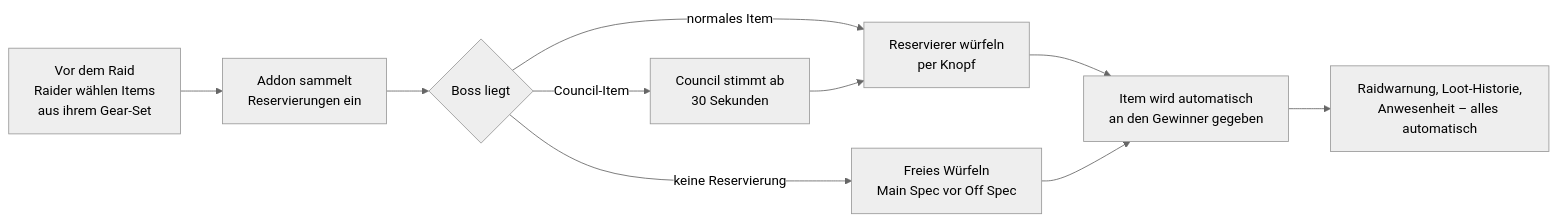
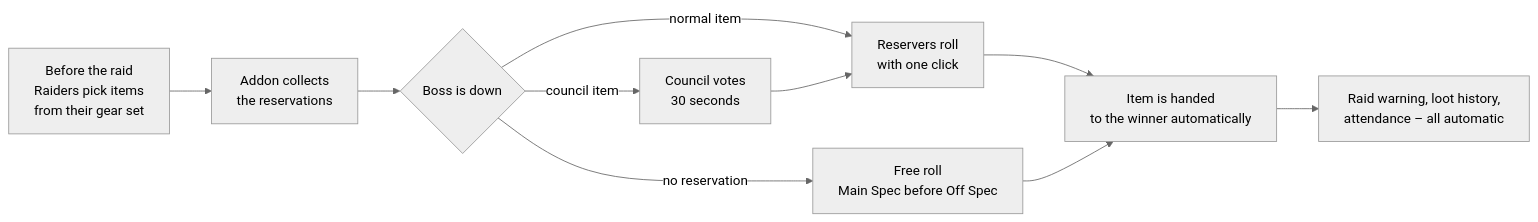
One commit to CawDPSMeter/LightCouncil changed the diagram in README.md. Above: the diagram before and after it, drawn with Mermaid (neutral theme). The commit also changed other lines of this file and 1 other file, not shown here.

````diff
--- a/README.md
+++ b/README.md
@@ -45,12 +43,12 @@
 ```mermaid
 flowchart LR
-    A[Vor dem Raid<br/>Raider wählen Items<br/>aus ihrem Gear-Set] --> B[Addon sammelt<br/>Reservierungen ein]
-    B --> C{Boss liegt}
-    C -->|normales Item| D[Reservierer würfeln<br/>per Knopf]
-    C -->|Council-Item| E[Council stimmt ab<br/>30 Sekunden]
+    A[Before the raid<br/>Raiders pick items<br/>from their gear set] --> B[Addon collects<br/>the reservations]
+    B --> C{Boss is down}
+    C -->|normal item| D[Reservers roll<br/>with one click]
+    C -->|council item| E[Council votes<br/>30 seconds]
     E --> D
-    C -->|keine Reservierung| F[Freies Würfeln<br/>Main Spec vor Off Spec]
-    D --> G[Item wird automatisch<br/>an den Gewinner gegeben]
+    C -->|no reservation| F[Free roll<br/>Main Spec before Off Spec]
+    D --> G[Item is handed<br/>to the winner automatically]
     F --> G
-    G --> H[Raidwarnung, Loot-Historie,<br/>Anwesenheit – alles automatisch]
+    G --> H[Raid warning, loot history,<br/>attendance – all automatic]
 ```
````
